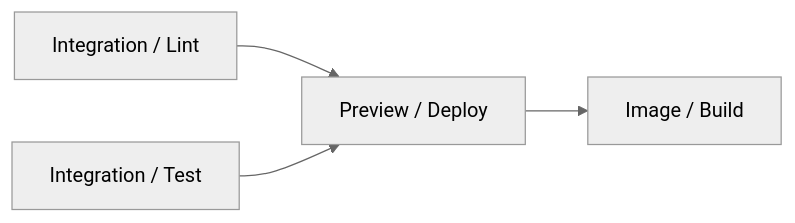
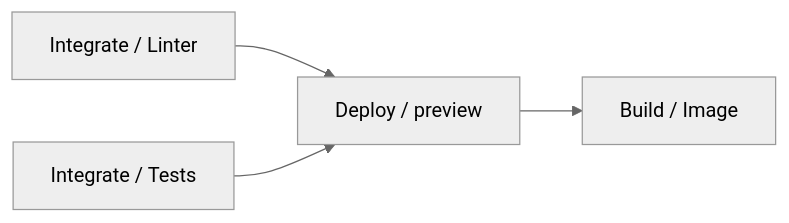
Before and after one commit to gitops-ci-cd/.github: the third of 5 diagrams in profile/README.md, drawn with Mermaid (neutral theme). The commit also changed other lines of this file, not shown here.

Commit message:
Capture flow a bit better

````diff
--- a/profile/README.md
+++ b/profile/README.md
@@ -143,9 +145,9 @@
 ```mermaid
 flowchart LR
-    lint[Integration / Lint]
-    test[Integration / Test]
-    preview[Preview / Deploy]
-    build[Image / Build]
+    lint[Integrate / Linter]
+    test[Integrate / Tests]
+    preview[Deploy / preview]
+    build[Build / Image]
 
     lint & test --> preview --> build
 ```
````
